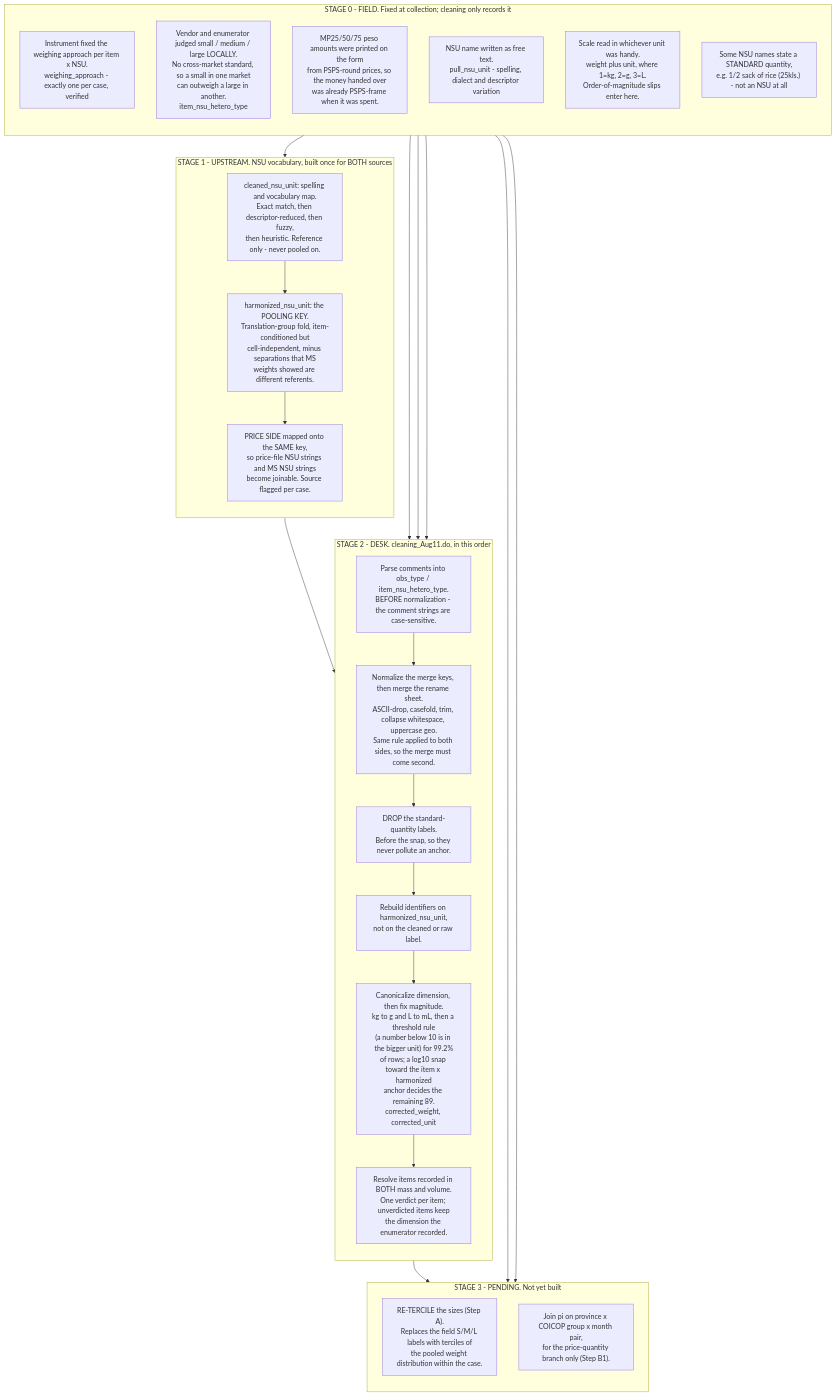
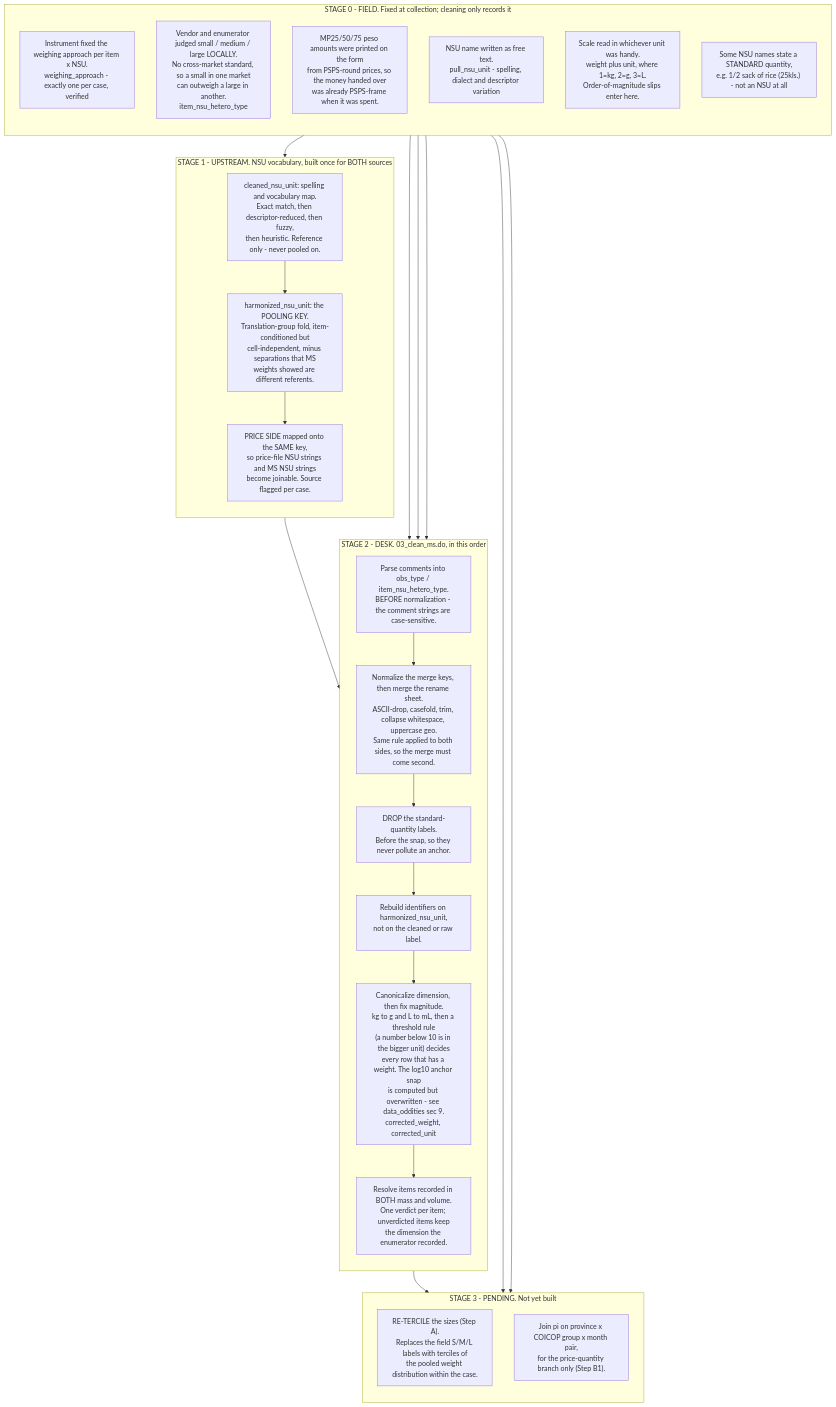
The second of 2 diagrams in docs/conversion_factor_methodology.md (Shineyang03/nsu-market-survey-cleaning), drawn with Mermaid before and after one commit. The commit also changed other lines of this file and 63 other files, not shown here.

````diff
--- a/docs/conversion_factor_methodology.md
+++ b/docs/conversion_factor_methodology.md
@@ -152,46 +152,46 @@
 ```mermaid
 flowchart TB
     subgraph FIELD["STAGE 0 - FIELD. Fixed at collection; cleaning only records it"]
         direction TB
         F1["Instrument fixed the weighing approach per item x NSU.<br/>weighing_approach - exactly one per case, verified"]
         F2["Vendor and enumerator judged small / medium / large LOCALLY.<br/>No cross-market standard, so a small in one market<br/>can outweigh a large in another.<br/>item_nsu_hetero_type"]
         F3["MP25/50/75 peso amounts were printed on the form<br/>from PSPS-round prices, so the money handed over<br/>was already PSPS-frame when it was spent."]
         F4["NSU name written as free text.<br/>pull_nsu_unit - spelling, dialect and descriptor variation"]
         F5["Scale read in whichever unit was handy.<br/>weight plus unit, where 1=kg, 2=g, 3=L.<br/>Order-of-magnitude slips enter here."]
         F6["Some NSU names state a STANDARD quantity,<br/>e.g. 1/2 sack of rice (25kls.) - not an NSU at all"]
     end
 
     subgraph UP["STAGE 1 - UPSTREAM. NSU vocabulary, built once for BOTH sources"]
         direction TB
         U1["cleaned_nsu_unit: spelling and vocabulary map.<br/>Exact match, then descriptor-reduced, then fuzzy,<br/>then heuristic. Reference only - never pooled on."]
         U2["harmonized_nsu_unit: the POOLING KEY.<br/>Translation-group fold, item-conditioned but<br/>cell-independent, minus separations that MS<br/>weights showed are different referents."]
         U3["PRICE SIDE mapped onto the SAME key,<br/>so price-file NSU strings and MS NSU strings<br/>become joinable. Source flagged per case."]
         U1 --> U2 --> U3
     end
 
-    subgraph DESK["STAGE 2 - DESK. cleaning_Aug11.do, in this order"]
+    subgraph DESK["STAGE 2 - DESK. 03_clean_ms.do, in this order"]
         direction TB
         D1["Parse comments into obs_type / item_nsu_hetero_type.<br/>BEFORE normalization - the comment strings are case-sensitive."]
         D2["Normalize the merge keys, then merge the rename sheet.<br/>ASCII-drop, casefold, trim, collapse whitespace, uppercase geo.<br/>Same rule applied to both sides, so the merge must come second."]
         D3["DROP the standard-quantity labels.<br/>Before the snap, so they never pollute an anchor."]
         D4["Rebuild identifiers on harmonized_nsu_unit,<br/>not on the cleaned or raw label."]
-        D5["Canonicalize dimension, then fix magnitude.<br/>kg to g and L to mL, then a threshold rule<br/>(a number below 10 is in the bigger unit) for 99.2%<br/>of rows; a log10 snap toward the item x harmonized<br/>anchor decides the remaining 89.<br/>corrected_weight, corrected_unit"]
+        D5["Canonicalize dimension, then fix magnitude.<br/>kg to g and L to mL, then a threshold rule<br/>(a number below 10 is in the bigger unit) decides<br/>every row that has a weight. The log10 anchor snap<br/>is computed but overwritten - see data_oddities sec 9.<br/>corrected_weight, corrected_unit"]
         D6["Resolve items recorded in BOTH mass and volume.<br/>One verdict per item; unverdicted items keep<br/>the dimension the enumerator recorded."]
         D1 --> D2 --> D3 --> D4 --> D5 --> D6
     end
 
     subgraph PEND["STAGE 3 - PENDING. Not yet built"]
         direction TB
         P1["RE-TERCILE the sizes (Step A).<br/>Replaces the field S/M/L labels with terciles of<br/>the pooled weight distribution within the case."]
         P2["Join pi on province x COICOP group x month pair,<br/>for the price-quantity branch only (Step B1)."]
     end
 
     F4 --> U1
     F6 --> D3
     F5 --> D5
     U3 --> D2
     F1 --> D1
     D6 --> P1
     F2 --> P1
     F3 --> P2
 ```
````
